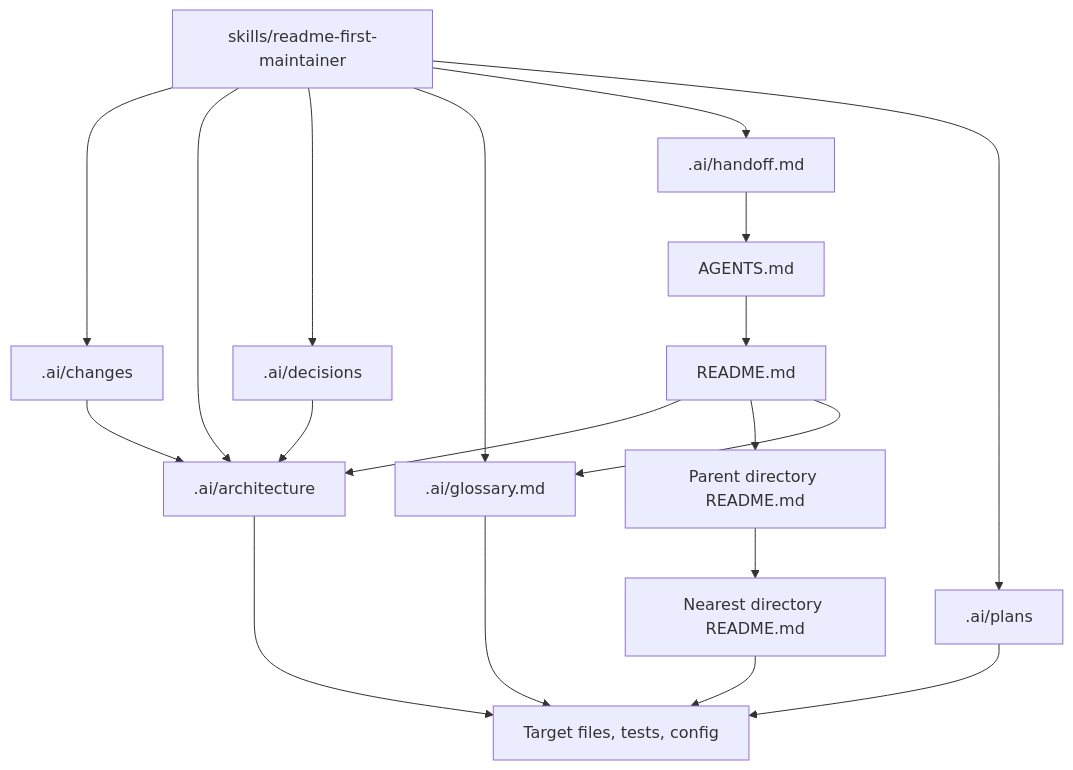
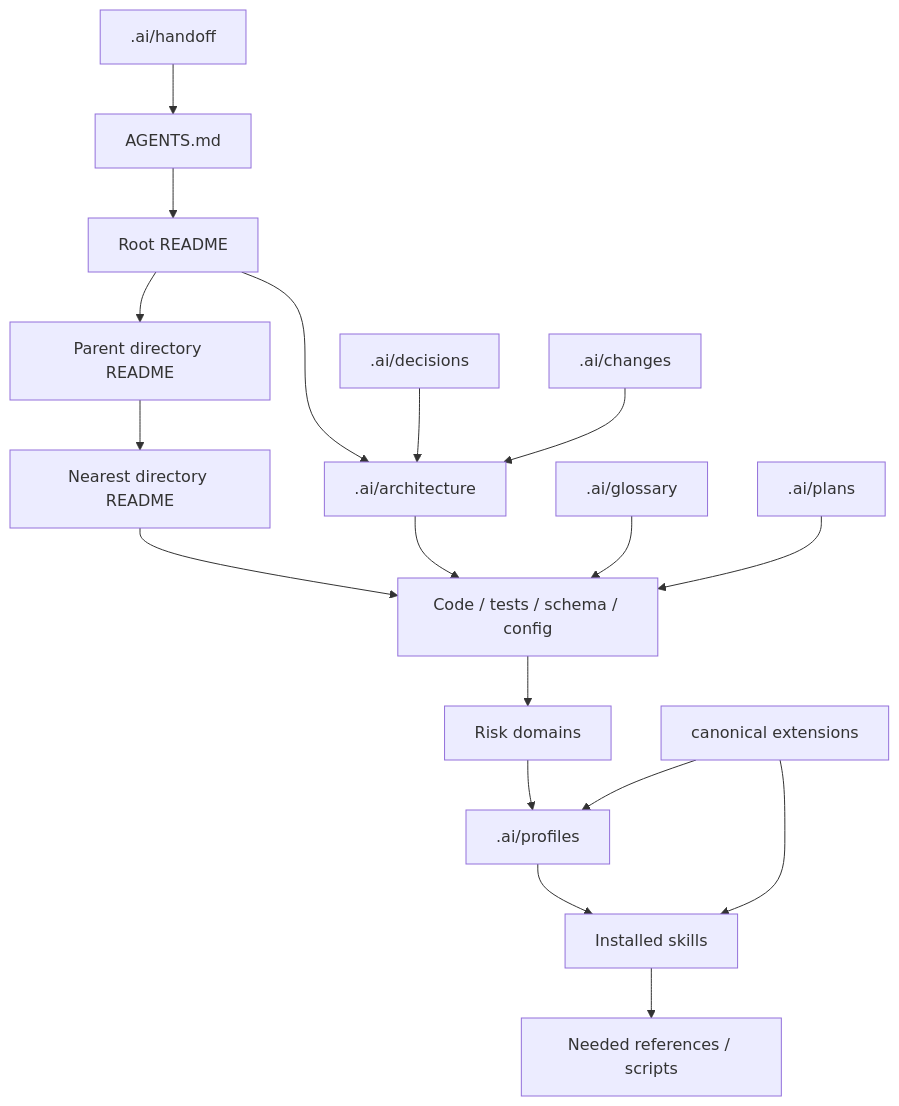
Before and after one commit to endearqb/ReadmeFirst: the diagram in .ai/architecture/dependency-boundaries.md, drawn with Mermaid. The commit also changed other lines of this file and 53 other files, not shown here.

Commit message:
feat: add README First v2.2 risk profiles

````diff
--- a/.ai/architecture/dependency-boundaries.md
+++ b/.ai/architecture/dependency-boundaries.md
@@ -10,34 +7,20 @@
 ```mermaid
 flowchart TD
-  Agents["AGENTS.md"]
-  Root["README.md"]
-  Architecture[".ai/architecture"]
-  ParentReadme["Parent directory README.md"]
-  LocalReadme["Nearest directory README.md"]
-  Target["Target files, tests, config"]
-  Changes[".ai/changes"]
-  Decisions[".ai/decisions"]
-  Glossary[".ai/glossary.md"]
-  Handoff[".ai/handoff.md"]
-  Plans[".ai/plans"]
-  Maintainer["skills/readme-first-maintainer"]
-
-  Agents --> Root
-  Root --> Architecture
-  Root --> ParentReadme
-  Root --> Glossary
-  Handoff --> Agents
-  ParentReadme --> LocalReadme
-  LocalReadme --> Target
-  Architecture --> Target
-  Changes --> Architecture
-  Decisions --> Architecture
-  Glossary --> Target
-  Plans --> Target
-  Maintainer --> Changes
-  Maintainer --> Architecture
-  Maintainer --> Decisions
-  Maintainer --> Glossary
-  Maintainer --> Handoff
-  Maintainer --> Plans
+  Agents["AGENTS.md"] --> Root["Root README"]
+  Root --> Architecture[".ai/architecture"]
+  Root --> Parent["Parent directory README"]
+  Parent --> Local["Nearest directory README"]
+  Local --> Facts["Code / tests / schema / config"]
+  Architecture --> Facts
+  Facts --> Domains["Risk domains"]
+  Domains --> Profiles[".ai/profiles"]
+  Profiles --> Skills["Installed skills"]
+  Skills --> References["Needed references / scripts"]
+  Decisions[".ai/decisions"] --> Architecture
+  Changes[".ai/changes"] --> Architecture
+  Handoff[".ai/handoff"] --> Agents
+  Glossary[".ai/glossary"] --> Facts
+  Plans[".ai/plans"] --> Facts
+  Extensions["canonical extensions"] --> Profiles
+  Extensions --> Skills
 ```
````
